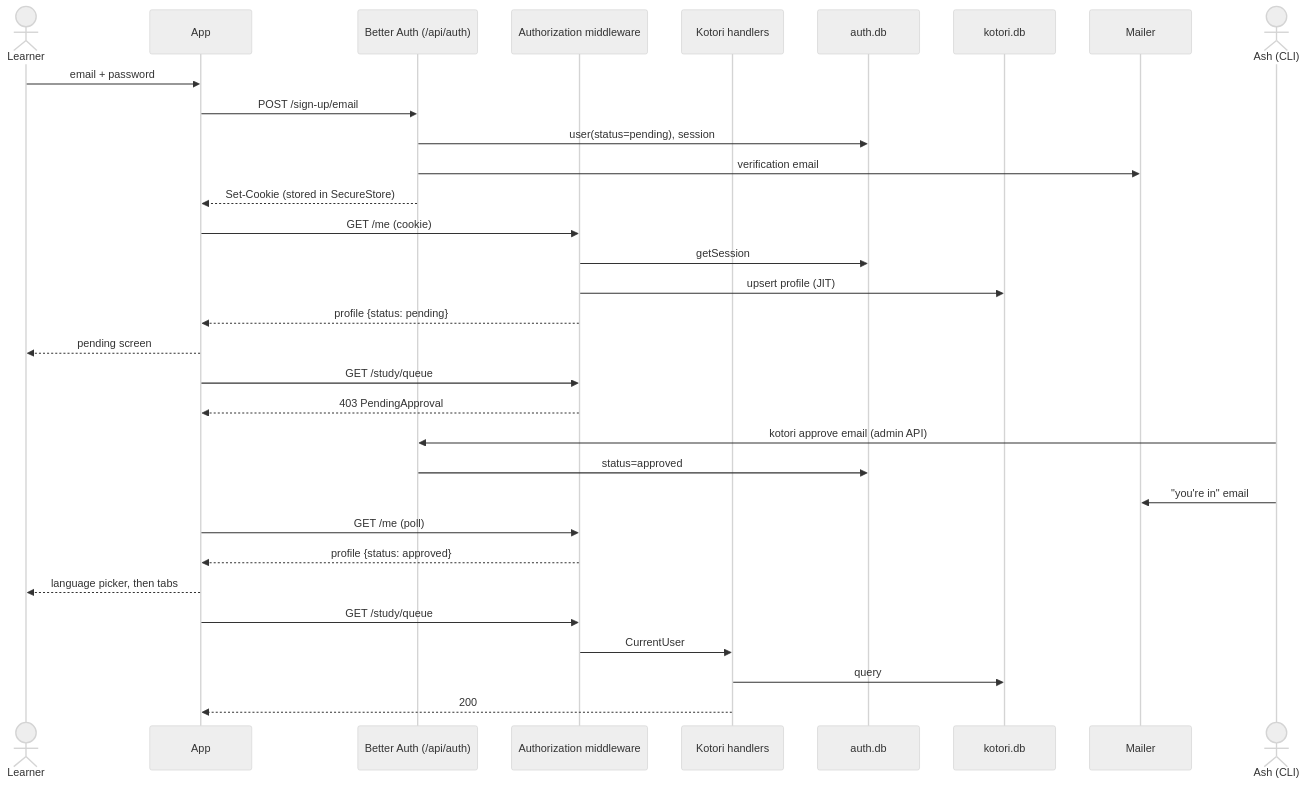
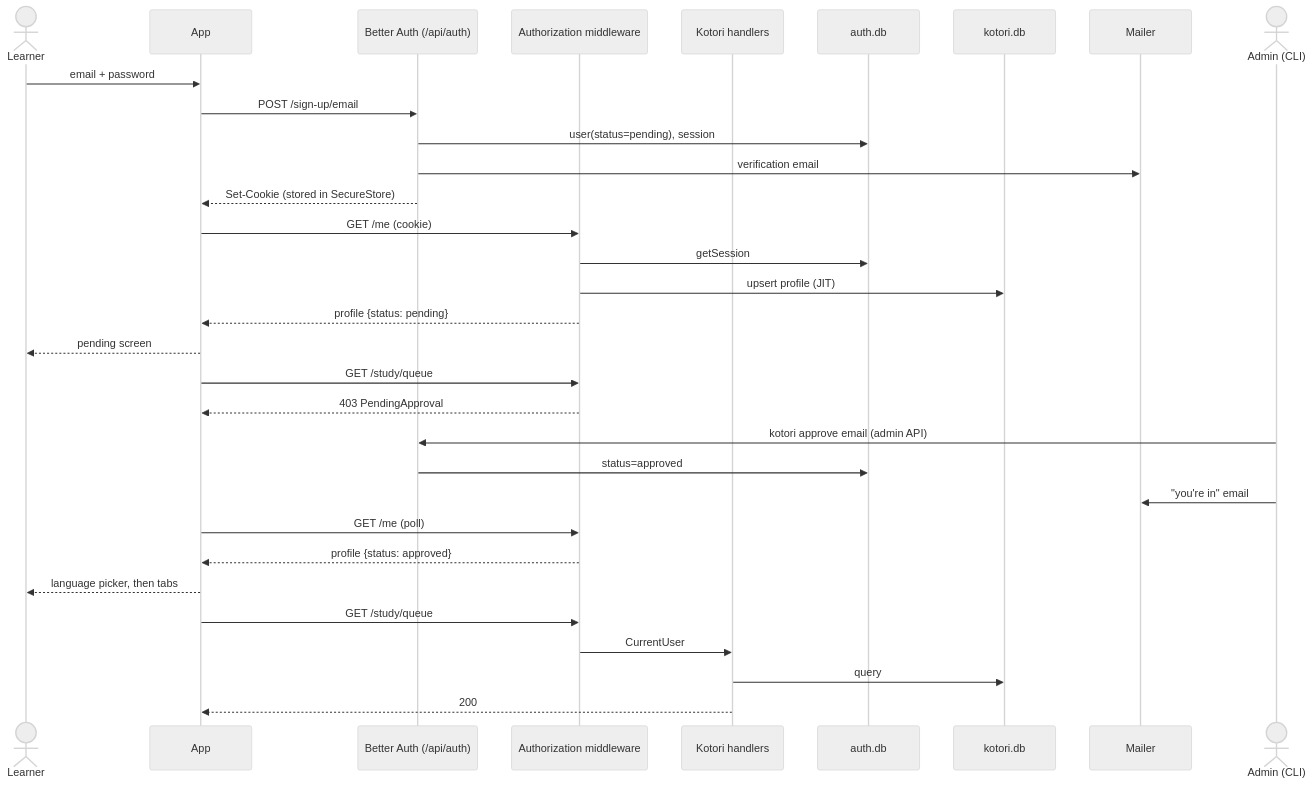
The second of 2 diagrams in docs/accounts-and-auth.md (0Calories/kotori), drawn with Mermaid (neutral theme) before and after one commit. The commit also changed other lines of this file and 178 other files, not shown here.

````diff
--- a/docs/accounts-and-auth.md
+++ b/docs/accounts-and-auth.md
@@ -173,39 +175,39 @@
 ```mermaid
 sequenceDiagram
   actor U as Learner
   participant App
   participant BA as Better Auth (/api/auth)
   participant MW as Authorization middleware
   participant K as Kotori handlers
   participant ADB as auth.db
   participant KDB as kotori.db
   participant M as Mailer
-  actor A as Ash (CLI)
+  actor A as Admin (CLI)
 
   U->>App: email + password
   App->>BA: POST /sign-up/email
   BA->>ADB: user(status=pending), session
   BA->>M: verification email
   BA-->>App: Set-Cookie (stored in SecureStore)
 
   App->>MW: GET /me (cookie)
   MW->>ADB: getSession
   MW->>KDB: upsert profile (JIT)
   MW-->>App: profile {status: pending}
   App-->>U: pending screen
 
   App->>MW: GET /study/queue
   MW-->>App: 403 PendingApproval
 
   A->>BA: kotori approve email (admin API)
   BA->>ADB: status=approved
   A->>M: "you're in" email
 
   App->>MW: GET /me (poll)
   MW-->>App: profile {status: approved}
   App-->>U: language picker, then tabs
   App->>MW: GET /study/queue
   MW->>K: CurrentUser
   K->>KDB: query
   K-->>App: 200
 ```
````
